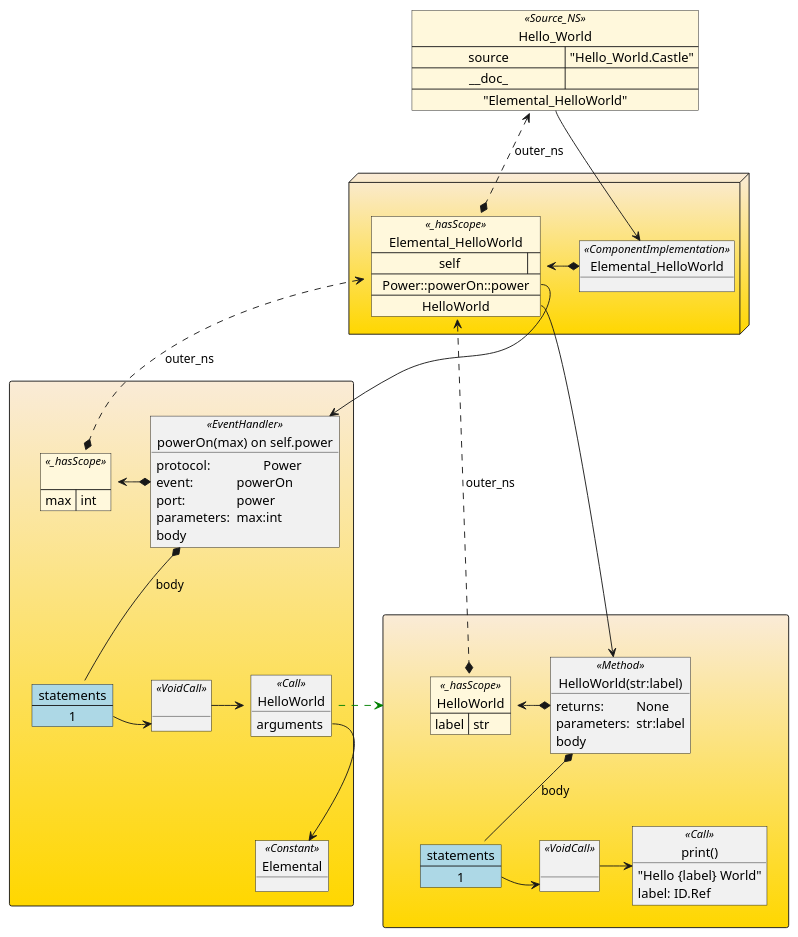
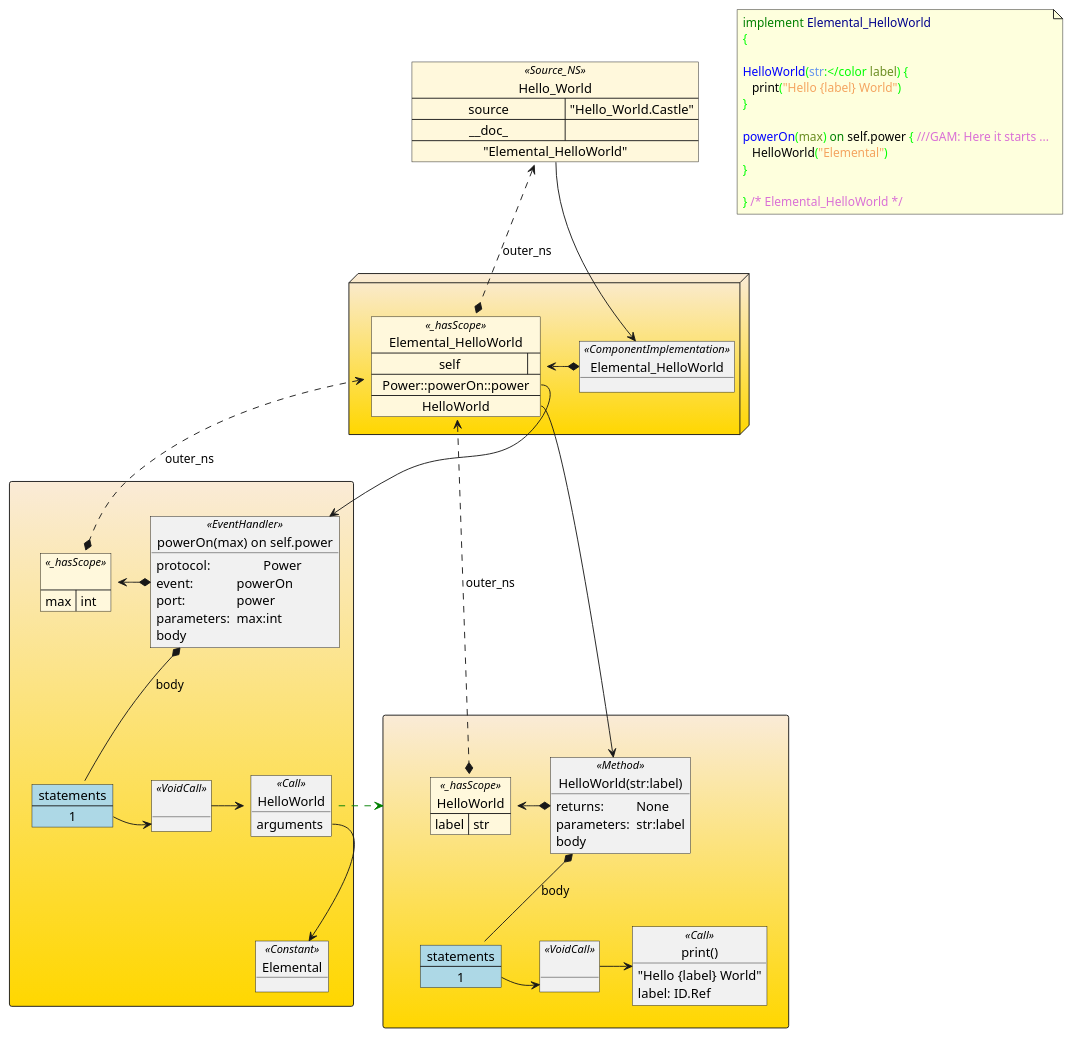
Before and after one commit to AlbertMietus/CCastle2.hg: the diagram in TestDoubles_packages/TestDoubles-HelloWorlds/doc/elemental.puml, drawn with PlantUML.

Commit message:
TestDoubles-HelloWorld/elemental: added code (as not) to UML diagram

```diff
--- a/TestDoubles_packages/TestDoubles-HelloWorlds/doc/elemental.puml
+++ b/TestDoubles_packages/TestDoubles-HelloWorlds/doc/elemental.puml
@@ -1,98 +1,107 @@
 @startuml
 
 skinparam packageBackgroundColor  AntiqueWhite-Gold
 skinparam mapBackgroundColor      Cornsilk
 
 package " " as p_comp <<Node>> {
    object Elemental_HelloWorld  <<ComponentImplementation>> {
    }
 }
 
 package " " as p_m_HW <<Rectangle>>  {
    object "HelloWorld(str:label)" as HelloWorld <<Method>> {
      returns:		None
      parameters: 	str:label
      body
    }
 
    object " " as s11 <<VoidCall>>
    object "print()" as s12 <<Call>> {
      "Hello {label} World"
      label: ID.Ref
    }
    s11 ->s12
 }
-
-
-
 
 package " " as p_ev_power <<Rectangle>>   {
    object "powerOn(max) on self.power" as powerOn <<EventHandler>> {
      protocol:		Power
      event:		powerOn
      port:		power
      parameters:	max:int
      body
    }
 
    object "Elemental" as c1 <<Constant>>
    object " " as s21 <<VoidCall>>
    object "HelloWorld" as s22 <<Call>> {
      arguments
    }
     s22 .> p_m_HW #green
    s21 ->s22
    s22::arguments -->c1
 }
 
 
 map "Hello_World" as ns1 <<Source_NS>> {
   source 					=> "Hello_World.Castle"
   __doc_ 					=>
   "Elemental_HelloWorld" 	*--> Elemental_HelloWorld
 }
 
 package  p_comp {
    map "Elemental_HelloWorld" as ns2 <<_hasScope>> {
       self 					=>
       Power::powerOn::power 	*->  powerOn
       HelloWorld 				*->  HelloWorld
    }
    Elemental_HelloWorld *-> ns2
    ns1 <.* ns2: outer_ns
 }
 
 package p_m_HW {
    map "HelloWorld" as ns3 <<_hasScope>> {
-   label => str
+      label => str
    }
    HelloWorld *-> ns3
    ns2 <..* ns3 : outer_ns
-
-
 }
 
 package p_ev_power {
    map " " as ns4 <<_hasScope>> {
-   max => int
+      max => int
    }
    powerOn *-> ns4
    ns2 <..* ns4 : outer_ns
 }
 
 package p_m_HW {
    map "statements" as  _HelloWorld_Body  #lightblue {
       1 *-> s11
    }
    HelloWorld 		*-- _HelloWorld_Body:body
 }
 package p_ev_power {
    map "statements" as _powerOn_Body #lightblue{
       1 *->s21
    }
    powerOn *-- _powerOn_Body:body
 }
 
 
+note as N2
+<color:green>implement</color> <color:darkBlue>Elemental_HelloWorld</color>
+<color:Lime>{</color>
 
+<color:Blue>HelloWorld</color><color:Lime>(</color><color:CornflowerBlue>str</color><color:Navy><color:Lime>:</color </color><color:OliveDrab>label</color><color:Lime>)</color> <color:Lime>{</color>
+   print<color:Lime>(</color><color:Sandybrown>"Hello {label} World"</color><color:Lime>)</color>
+<color:Lime>}</color>
+
+<color:Blue>powerOn</color><color:Lime>(</color><color:OliveDrab>max</color><color:Lime>)</color> <color:green>on</color> self.power <color:Lime>{</color> <color:Orchid>///GAM: Here it starts ...</color>
+   HelloWorld<color:Lime>(</color><color:Sandybrown>"Elemental"</color><color:Lime>)</color>
+<color:Lime>}</color>
+
+<color:Lime>}</color> <color:Orchid>/* Elemental_HelloWorld */</color>
+end note
+'<color:RED>
 @enduml
```
